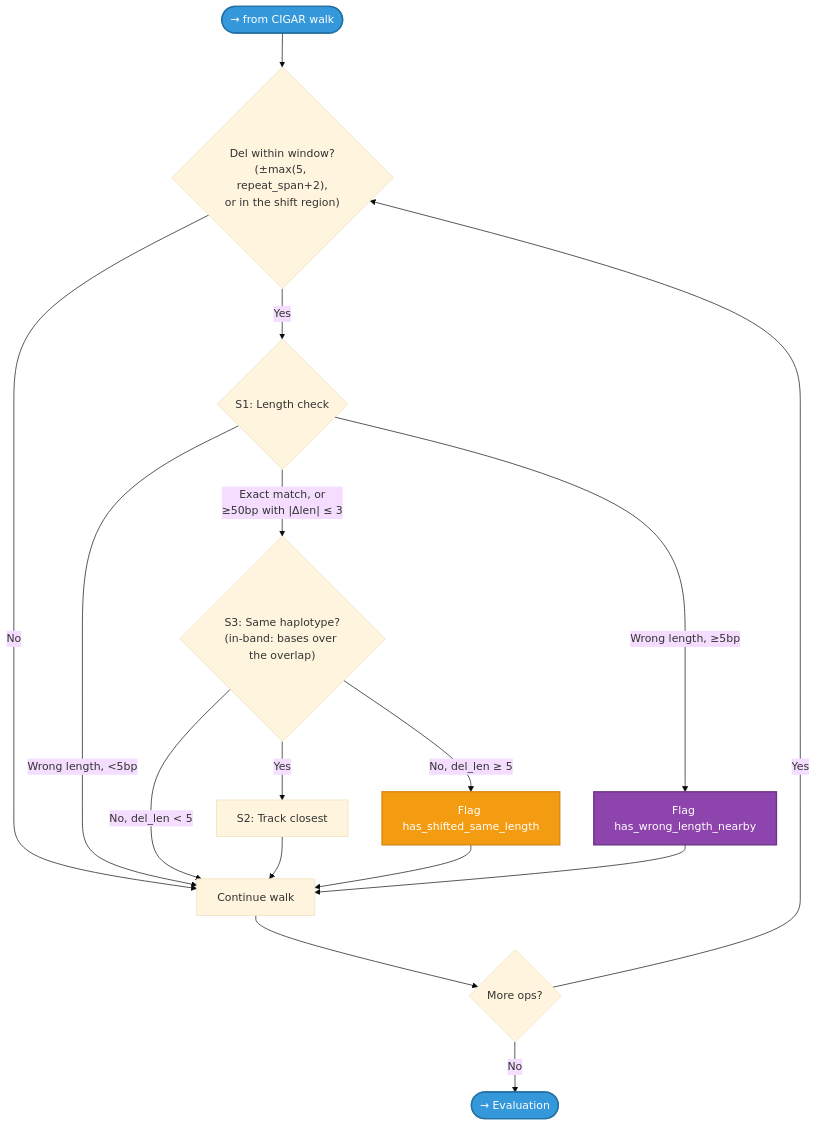
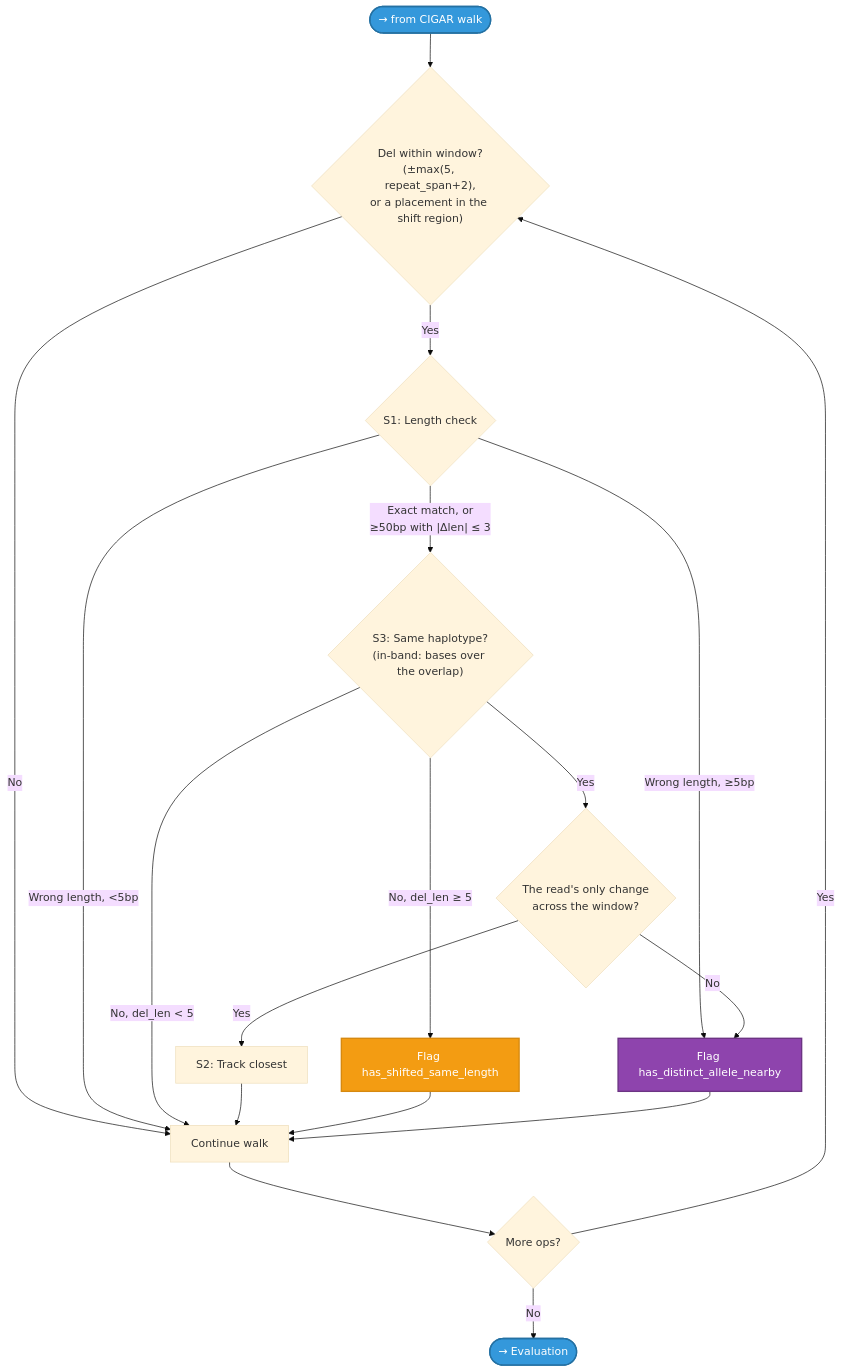
The sixth of 12 diagrams in docs/reference/allele-classification.md (msk-access/gbcms), drawn with Mermaid (base theme) before and after one commit. The commit also changed other lines of this file and 9 other files, not shown here.

First line of the commit message:
fix(counting): a shifted placement must be the read's only change in its window (#189)

````diff
--- a/docs/reference/allele-classification.md
+++ b/docs/reference/allele-classification.md
@@ -369,23 +381,25 @@
 ```mermaid
 flowchart TD
-    WinIn(["→ from CIGAR walk"]):::entry --> CheckWin{"Del within window?\n(±max(5, repeat_span+2),\nor in the shift region)"}
+    WinIn(["→ from CIGAR walk"]):::entry --> CheckWin{"Del within window?\n(±max(5, repeat_span+2),\nor a placement in the shift region)"}
     CheckWin -->|No| Continue["Continue walk"]
     CheckWin -->|Yes| S1{"S1: Length check"}
     S1 -->|"Exact match, or\n≥50bp with |Δlen| ≤ 3"| S3{"S3: Same haplotype?\n(in-band: bases over the overlap)"}
-    S1 -->|"Wrong length, ≥5bp"| FlagWL["Flag has_wrong_length_nearby"]:::partialflag
+    S1 -->|"Wrong length, ≥5bp"| FlagWL["Flag has_distinct_allele_nearby"]:::partialflag
     S1 -->|"Wrong length, <5bp"| Continue
-    S3 -->|Yes| S2["S2: Track closest"]
+    S3 -->|Yes| Only{"The read's only change\nacross the window?"}
+    Only -->|Yes| S2["S2: Track closest"]
+    Only -->|No| FlagWL
     S3 -->|"No, del_len ≥ 5"| FlagSL["Flag has_shifted_same_length"]:::fallback
     S3 -->|"No, del_len < 5"| Continue
     S2 --> Continue
     FlagSL --> Continue
     FlagWL --> Continue
     Continue --> MoreOps{"More ops?"}
     MoreOps -->|Yes| CheckWin
     MoreOps -->|No| Eval(["→ Evaluation"]):::next
 
     classDef entry fill:#3498db,color:#fff,stroke:#2471a3,stroke-width:2px;
     classDef next fill:#3498db,color:#fff,stroke:#2471a3,stroke-width:2px;
     classDef fallback fill:#f39c12,color:#fff,stroke:#d68910,stroke-width:2px;
     classDef partialflag fill:#8e44ad,color:#fff,stroke:#6c3483,stroke-width:2px;
 ```
````
